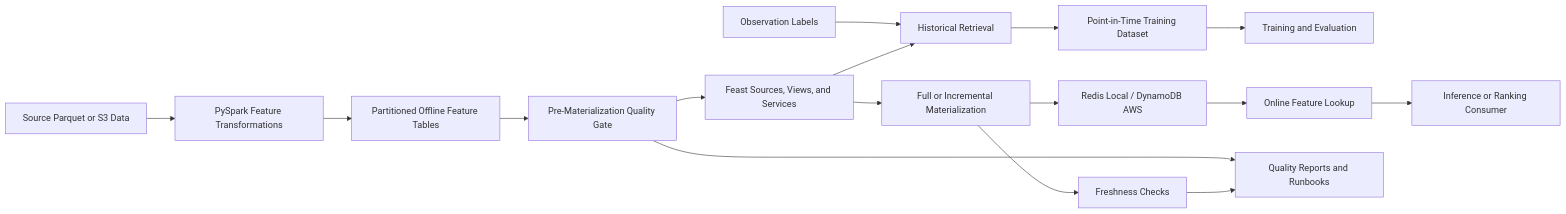
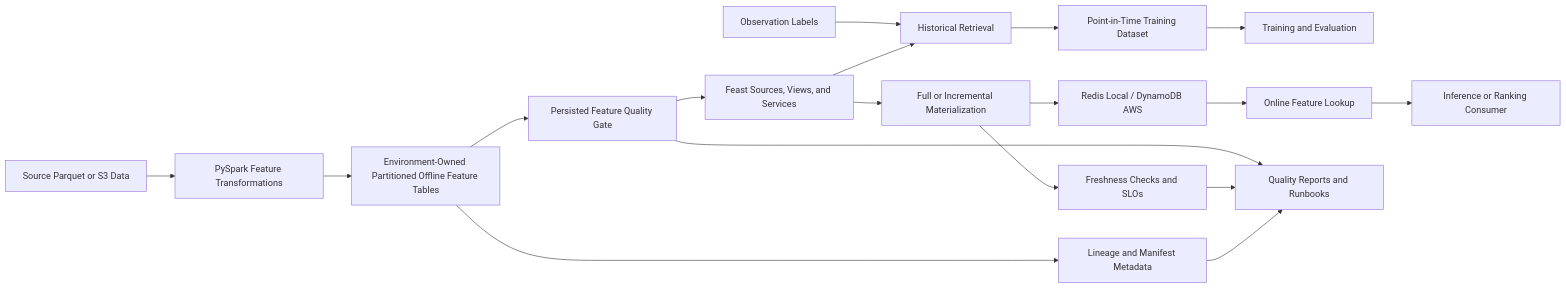
Before and after one commit to oster-dev/featureforge: the second of 2 diagrams in ARCHITECTURE.md, drawn with Mermaid. The commit also changed other lines of this file and 2 other files, not shown here.

Commit message:
docs: document canonical offline store quality gate

````diff
--- a/ARCHITECTURE.md
+++ b/ARCHITECTURE.md
@@ -927,22 +1175,24 @@
 ```mermaid
 flowchart LR
     Source[Source Parquet or S3 Data] --> Spark[PySpark Feature Transformations]
-    Spark --> Offline[Partitioned Offline Feature Tables]
+    Spark --> Offline[Environment-Owned Partitioned Offline Feature Tables]
 
-    Offline --> Gate[Pre-Materialization Quality Gate]
+    Offline --> Gate[Persisted Feature Quality Gate]
     Gate --> Feast[Feast Sources, Views, and Services]
 
     Labels[Observation Labels] --> Historical[Historical Retrieval]
     Feast --> Historical
     Historical --> Training[Point-in-Time Training Dataset]
     Training --> ML[Training and Evaluation]
 
     Feast --> Materialize[Full or Incremental Materialization]
     Materialize --> Online[Redis Local / DynamoDB AWS]
     Online --> Serving[Online Feature Lookup]
     Serving --> Consumer[Inference or Ranking Consumer]
 
+    Offline --> Lineage[Lineage and Manifest Metadata]
     Gate --> Reports[Quality Reports and Runbooks]
-    Materialize --> Freshness[Freshness Checks]
+    Materialize --> Freshness[Freshness Checks and SLOs]
     Freshness --> Reports
+    Lineage --> Reports
 ```
````
